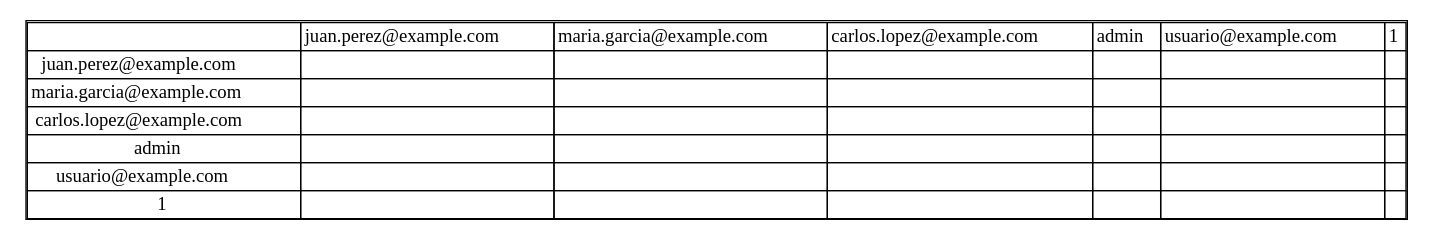
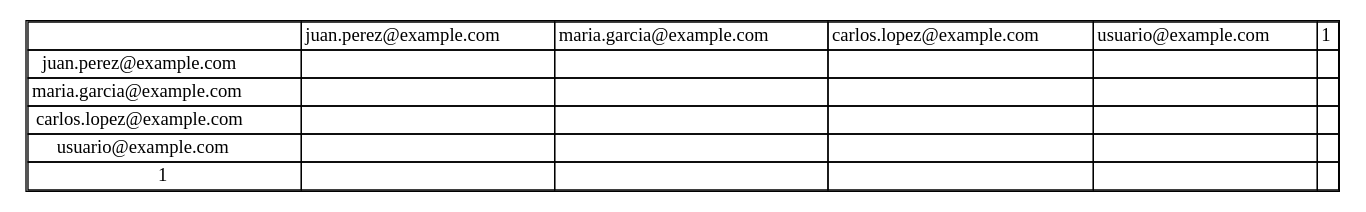
The diagram in Fase#1/cmake-build-debug/matriz_usuarios.dot (LightDemon12/-EDD-PROYECTOS_202100215), drawn with Graphviz before and after one commit. The commit also changed 62 other files, not shown here.

```diff
--- a/Fase#1/cmake-build-debug/matriz_usuarios.dot
+++ b/Fase#1/cmake-build-debug/matriz_usuarios.dot
@@ -1,13 +1,12 @@
 digraph G {
 node [shape=plaintext]
 a [label=<
 <table border='1' cellborder='1' cellspacing='0'>
-<tr><td></td><td>juan.perez@example.com</td><td>maria.garcia@example.com</td><td>carlos.lopez@example.com</td><td>admin</td><td>usuario@example.com</td><td>1</td></tr>
-<tr><td>juan.perez@example.com</td><td></td><td></td><td></td><td></td><td></td><td></td></tr>
-<tr><td>maria.garcia@example.com</td><td></td><td></td><td></td><td></td><td></td><td></td></tr>
-<tr><td>carlos.lopez@example.com</td><td></td><td></td><td></td><td></td><td></td><td></td></tr>
-<tr><td>admin</td><td></td><td></td><td></td><td></td><td></td><td></td></tr>
-<tr><td>usuario@example.com</td><td></td><td></td><td></td><td></td><td></td><td></td></tr>
-<tr><td>1</td><td></td><td></td><td></td><td></td><td></td><td></td></tr>
+<tr><td></td><td>juan.perez@example.com</td><td>maria.garcia@example.com</td><td>carlos.lopez@example.com</td><td>usuario@example.com</td><td>1</td></tr>
+<tr><td>juan.perez@example.com</td><td></td><td></td><td></td><td></td><td></td></tr>
+<tr><td>maria.garcia@example.com</td><td></td><td></td><td></td><td></td><td></td></tr>
+<tr><td>carlos.lopez@example.com</td><td></td><td></td><td></td><td></td><td></td></tr>
+<tr><td>usuario@example.com</td><td></td><td></td><td></td><td></td><td></td></tr>
+<tr><td>1</td><td></td><td></td><td></td><td></td><td></td></tr>
 </table>>];
 }
```
